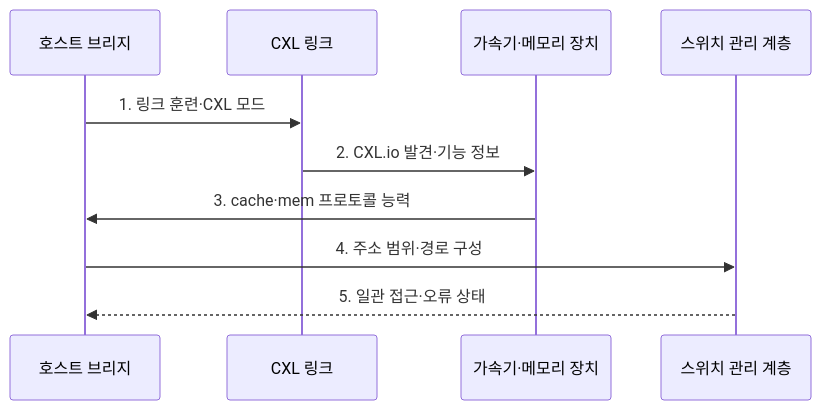
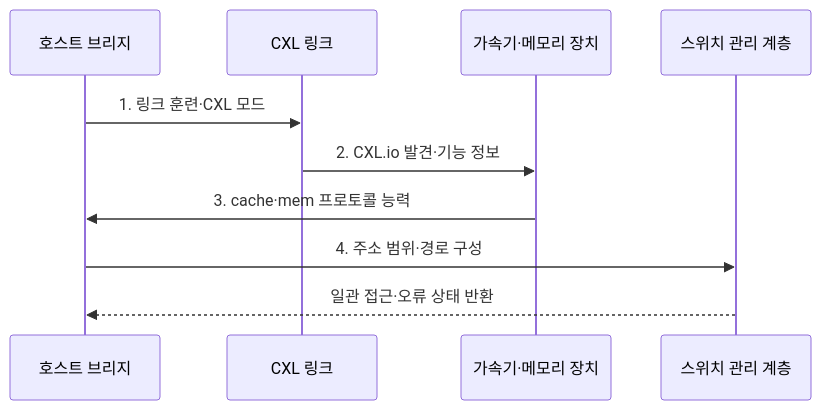
Before and after one commit to agnusdei1207/knowledge-base: the second of 2 diagrams in src/content/docs/notes/08-latest-tech/147_cxl.md, drawn with Mermaid. The commit also changed other lines of this file and 225 other files, not shown here.

````diff
--- a/src/content/docs/notes/08-latest-tech/147_cxl.md
+++ b/src/content/docs/notes/08-latest-tech/147_cxl.md
@@ -82,12 +82,12 @@
 ```mermaid
 sequenceDiagram
   participant H as 호스트 브리지
   participant L as CXL 링크
   participant D as 가속기·메모리 장치
   participant M as 스위치 관리 계층
   H->>L: 1. 링크 훈련·CXL 모드
   L->>D: 2. CXL.io 발견·기능 정보
   D->>H: 3. cache·mem 프로토콜 능력
   H->>M: 4. 주소 범위·경로 구성
-  M-->>H: 5. 일관 접근·오류 상태
+  M-->>H: 일관 접근·오류 상태 반환
 ```
````
